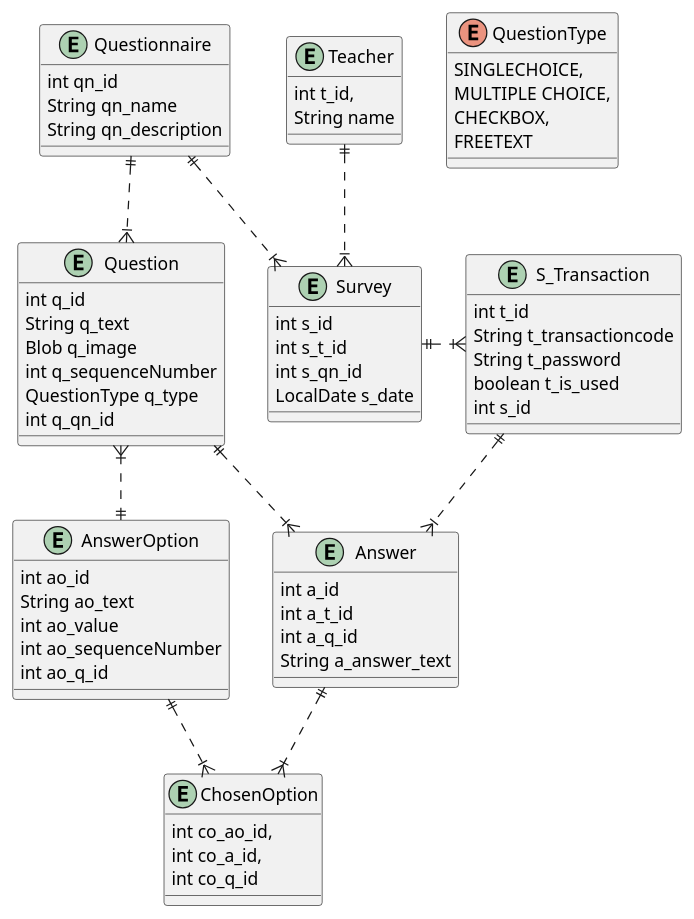
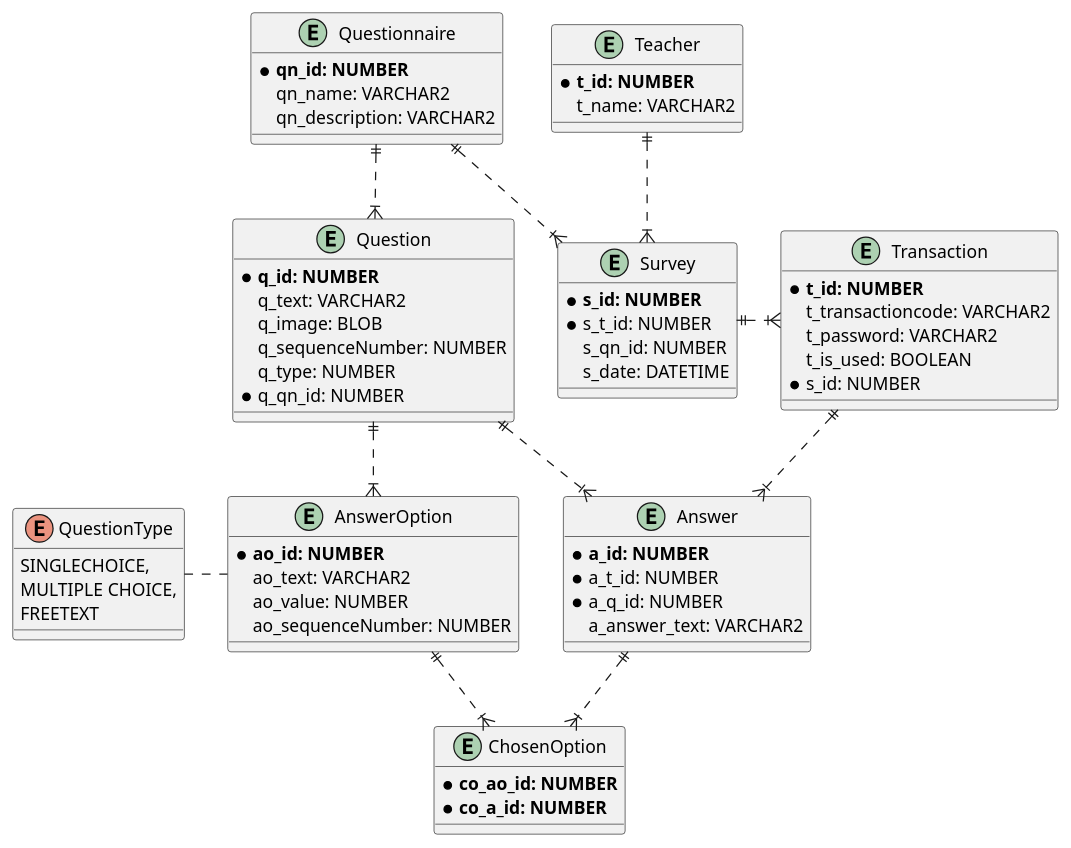
The diagram in asciidocs/Datenmodell.puml (htl-leonding-project/questionz), drawn with PlantUML before and after one commit.

Commit message:
#3 updated ERD

```diff
--- a/asciidocs/Datenmodell.puml
+++ b/asciidocs/Datenmodell.puml
@@ -1,76 +1,74 @@
 @startuml
 
 entity Answer{
-    int a_id
-    int a_t_id
-    int a_q_id
-    String a_answer_text
+    * **a_id: NUMBER**
+    * a_t_id: NUMBER
+    * a_q_id: NUMBER
+    a_answer_text: VARCHAR2
 }
 
 entity AnswerOption{
-    int ao_id
-    String ao_text
-    int ao_value
-    int ao_sequenceNumber
-    int ao_q_id
+    * **ao_id: NUMBER**
+    ao_text: VARCHAR2
+    ao_value: NUMBER
+    ao_sequenceNumber: NUMBER
 }
 
 entity Question{
-    int q_id
-    String q_text
-    Blob q_image
-    int q_sequenceNumber
-    QuestionType q_type
-    int q_qn_id
+    * **q_id: NUMBER**
+    q_text: VARCHAR2
+    q_image: BLOB
+    q_sequenceNumber: NUMBER
+    q_type: NUMBER
+    * q_qn_id: NUMBER
 }
 
 enum QuestionType{
 SINGLECHOICE,
 MULTIPLE CHOICE,
-CHECKBOX,
 FREETEXT
 }
 
 entity Questionnaire{
-     int qn_id
-     String qn_name
-     String qn_description
+     * **qn_id: NUMBER**
+     qn_name: VARCHAR2
+     qn_description: VARCHAR2
 }
 
-entity S_Transaction{
-     int t_id
-     String t_transactioncode
-     String t_password
-     boolean t_is_used
-     int s_id
+entity Transaction{
+     * **t_id: NUMBER**
+     t_transactioncode: VARCHAR2
+     t_password: VARCHAR2
+     t_is_used: BOOLEAN
+     * s_id: NUMBER
 }
 
 entity Survey{
-     int s_id
-     int s_t_id
-     int s_qn_id
-     LocalDate s_date
+     * **s_id: NUMBER**
+     * s_t_id: NUMBER
+     s_qn_id: NUMBER
+     s_date: DATETIME
 }
 
 entity ChosenOption {
-    int co_ao_id,
-    int co_a_id,
-    int co_q_id
+    *  **co_ao_id: NUMBER**
+    * **co_a_id: NUMBER**
 }
 
 entity Teacher {
-    int t_id,
-    String name
+    * **t_id: NUMBER**
+    t_name: VARCHAR2
 }
 
 Teacher ||.down.|{ Survey
 Questionnaire ||.down.|{  Survey
 Questionnaire ||.down.|{ Question
 Question ||.right.|{ Answer
-Question }|.down.|| AnswerOption
-Survey  ||.right.|{  S_Transaction
-S_Transaction ||..|{ Answer
+Question ||.down.|{ AnswerOption
+Survey  ||.right.|{  Transaction
+Transaction ||..|{ Answer
 Answer ||..|{ ChosenOption
 AnswerOption ||..|{ ChosenOption
+AnswerOption .left. QuestionType
 
 @enduml
```
